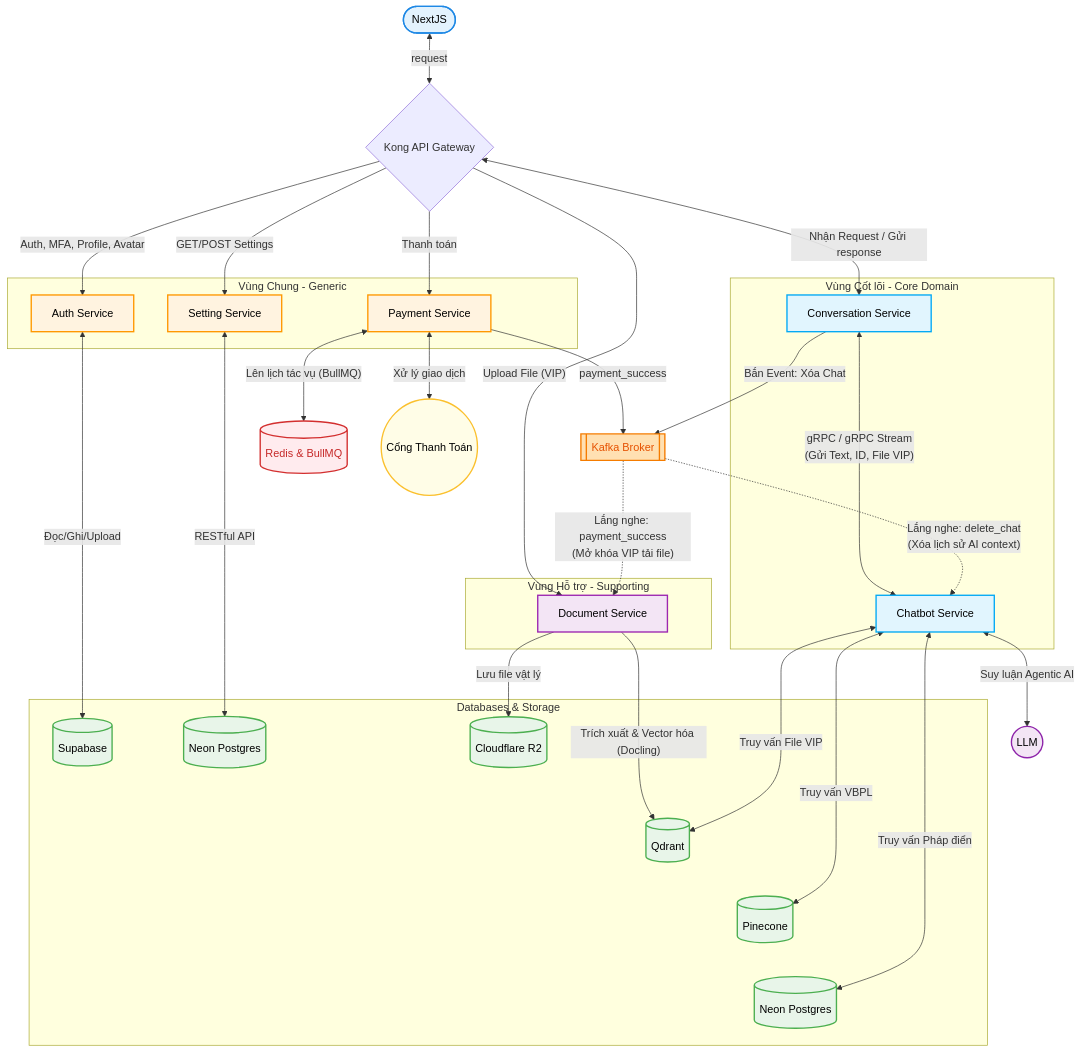
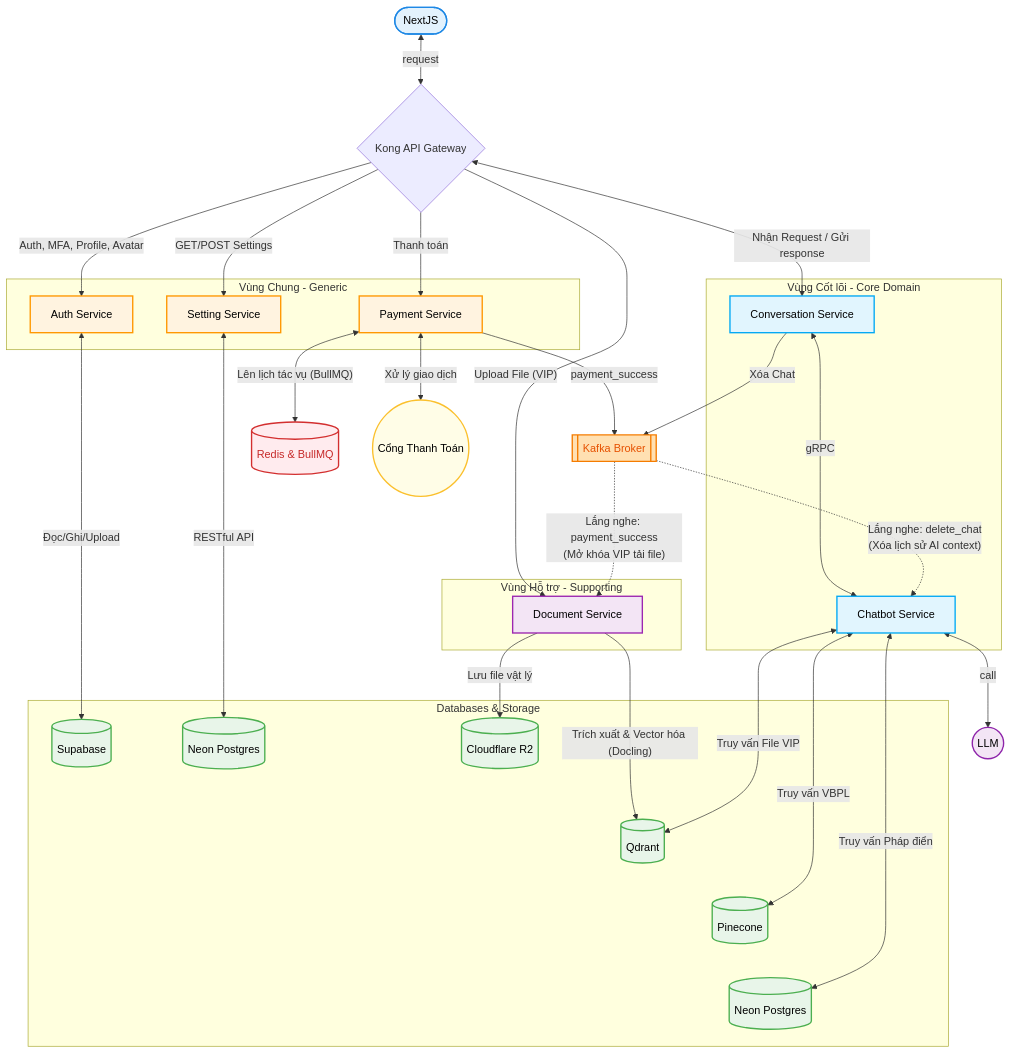
Before and after one commit to 20206205Tech/docs-markdown: the diagram in docs/2. Công nghệ sử dụng/3.3. Chi tiết về các dịch vụ/0.mmd, drawn with Mermaid. The commit also changed 1 other file, not shown here.

```diff
--- a/docs/2. Công nghệ sử dụng/3.3. Chi tiết về các dịch vụ/0.mmd
+++ b/docs/2. Công nghệ sử dụng/3.3. Chi tiết về các dịch vụ/0.mmd
@@ -1,92 +1,92 @@
 flowchart TD
     Client(["NextJS"])
     Gateway{"Kong API Gateway"}
     Client <-->|"request"| Gateway
 
     %% Nhóm Database & Storage
     subgraph Databases [Databases & Storage]
         SupabaseDB[("Supabase")]
         NeonDB_Setting[("Neon Postgres")]
         Pinecone[("Pinecone")]
         Qdrant[("Qdrant")]
         NeonDB_Phapdien[("Neon Postgres")]
         R2[("Cloudflare R2")]
 
         %% Dùng liên kết vô hình để ép thứ tự từ trái sang phải
         R2 ~~~ Qdrant ~~~ Pinecone ~~~ NeonDB_Phapdien
     end
 
     %% Nhóm Message Broker & Cache
         Kafka[["Kafka Broker"]]
         Redis[("Redis & BullMQ")]
 
     %% Nhóm Core Services (Vùng Cốt lõi)
     subgraph CoreDomain [Vùng Cốt lõi - Core Domain]
         ConvService["Conversation Service"]
         ChatbotService["Chatbot Service"]
     end
 
     subgraph SupportDomain [Vùng Hỗ trợ - Supporting]
         DocService["Document Service"]
     end
 
     %% Nhóm Generic Services (Vùng Chung)
     subgraph GenericDomain [Vùng Chung - Generic]
         AuthService["Auth Service"]
         SettingService["Setting Service"]
         PaymentSvc["Payment Service"]
     end
 
     %% External Systems
     LLM(("LLM"))
     Payment(("Cổng Thanh Toán"))
 
     Gateway -->|"Auth, MFA, Profile, Avatar"| AuthService
     Gateway -->|"GET/POST Settings"| SettingService
     Gateway -->|"Thanh toán"| PaymentSvc
     Gateway -->|"Upload File (VIP)"| DocService
     Gateway <-->|"Nhận Request / Gửi response"| ConvService
 
     %% Service to Database/Storage
     AuthService <-->|"Đọc/Ghi/Upload"| SupabaseDB
     SettingService <-->|"RESTful API"| NeonDB_Setting
 
     %% Payment Luồng
     PaymentSvc <-->|"Xử lý giao dịch"| Payment
     PaymentSvc -->|"payment_success"| Kafka
     PaymentSvc <-->|"Lên lịch tác vụ (BullMQ)"| Redis
 
     %% Document Processing Luồng
     DocService -->|"Lưu file vật lý"| R2
     DocService -->|"Trích xuất & Vector hóa (Docling)"| Qdrant
 
     %% Conversation & Chatbot Luồng (Quan trọng)
-    ConvService <-->|"gRPC / gRPC Stream\n(Gửi Text, ID, File VIP)"| ChatbotService
-    ConvService -->|"Bắn Event: Xóa Chat"| Kafka
+    ConvService <-->|"gRPC"| ChatbotService
+    ConvService -->|"Xóa Chat"| Kafka
 
     ChatbotService <-->|"Truy vấn VBPL"| Pinecone
     ChatbotService <-->|"Truy vấn Pháp điển"| NeonDB_Phapdien
     ChatbotService <-->|"Truy vấn File VIP"| Qdrant
-    ChatbotService <-->|"Suy luận Agentic AI"| LLM
+    ChatbotService <-->|"call"| LLM
 
     %% --- LUỒNG CONSUMER NHẬN EVENT TỪ KAFKA ---
     Kafka -.->|"Lắng nghe: payment_success\n(Mở khóa VIP tải file)"| DocService
     Kafka -.->|"Lắng nghe: delete_chat\n(Xóa lịch sử AI context)"| ChatbotService
 
     %% Style Định dạng màu sắc chung
     classDef core fill:#e1f5fe,stroke:#03a9f4,stroke-width:2px,color:#000
     classDef support fill:#f3e5f5,stroke:#9c27b0,stroke-width:2px,color:#000
     classDef generic fill:#fff3e0,stroke:#ff9800,stroke-width:2px,color:#000
     classDef db fill:#e8f5e9,stroke:#4caf50,stroke-width:2px,color:#000
 
     class ConvService,ChatbotService core
     class DocService support
     class AuthService,SettingService,PaymentSvc generic
     class SupabaseDB,NeonDB_Setting,NeonDB_Phapdien,Pinecone,Qdrant,R2 db
 
     %% --- TÔ MÀU ĐỘC LẬP THEO YÊU CẦU ---
     style Redis fill:#ffebee,stroke:#d32f2f,stroke-width:2px,color:#c62828
     style Kafka fill:#ffe0b2,stroke:#f57c00,stroke-width:2px,color:#e65100
     style Payment fill:#fffde7,stroke:#fbc02d,stroke-width:2px,color:#000
     style Client fill:#e3f2fd,stroke:#1e88e5,stroke-width:2px,color:#000
     style LLM fill:#f3e5f5,stroke:#8e24aa,stroke-width:2px,color:#000
```
